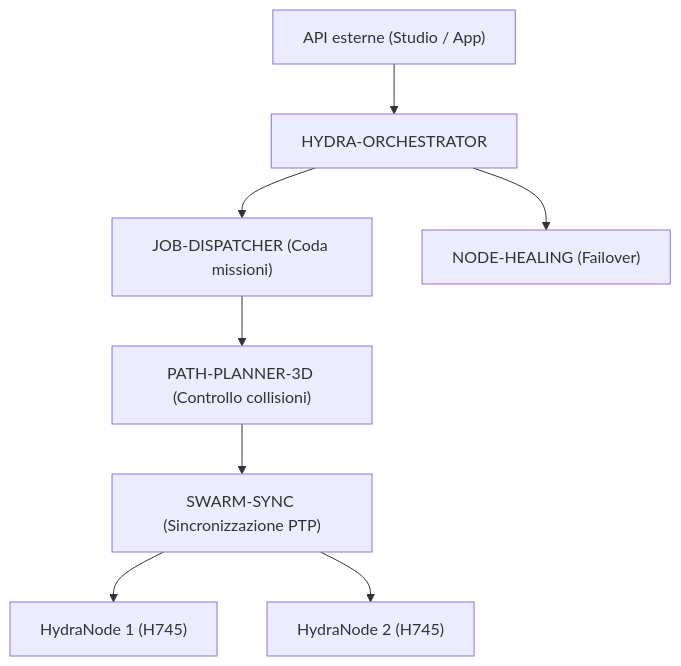
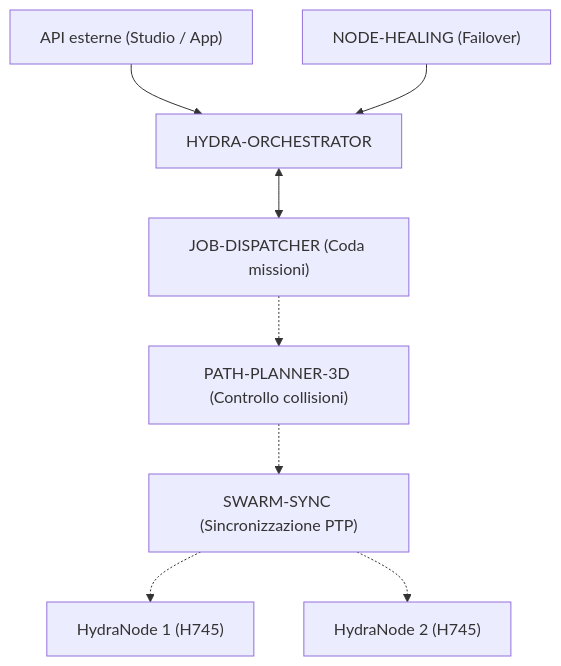
Before and after one commit to JuanenRac/HYDRA-UMC-ORCHESTRATOR: the diagram in README_ita.md, drawn with Mermaid. The commit also changed other lines of this file and 17 other files, not shown here.

Commit message:
Close and requeue jobs the way the real JOB-DISPATCHER accepts them, record the close before attempting it, fence late reports after a requeue, serve requests with a worker pool and timeouts, forward routing hints

````diff
--- a/README_ita.md
+++ b/README_ita.md
@@ -42,10 +42,10 @@
 ```mermaid
 flowchart TB
     API["API esterne (Studio / App)"] --> ORCH["HYDRA-ORCHESTRATOR"]
-    ORCH --> JOB["JOB-DISPATCHER (Coda missioni)"]
-    JOB --> PATH["PATH-PLANNER-3D (Controllo collisioni)"]
-    PATH --> SYNC["SWARM-SYNC (Sincronizzazione PTP)"]
-    SYNC --> NODE1["HydraNode 1 (H745)"]
-    SYNC --> NODE2["HydraNode 2 (H745)"]
-    ORCH --> HEAL["NODE-HEALING (Failover)"]
+    ORCH <--> JOB["JOB-DISPATCHER (Coda missioni)"]
+    JOB -.-> PATH["PATH-PLANNER-3D (Controllo collisioni)"]
+    PATH -.-> SYNC["SWARM-SYNC (Sincronizzazione PTP)"]
+    SYNC -.-> NODE1["HydraNode 1 (H745)"]
+    SYNC -.-> NODE2["HydraNode 2 (H745)"]
+    HEAL["NODE-HEALING (Failover)"] --> ORCH
 ```
````
